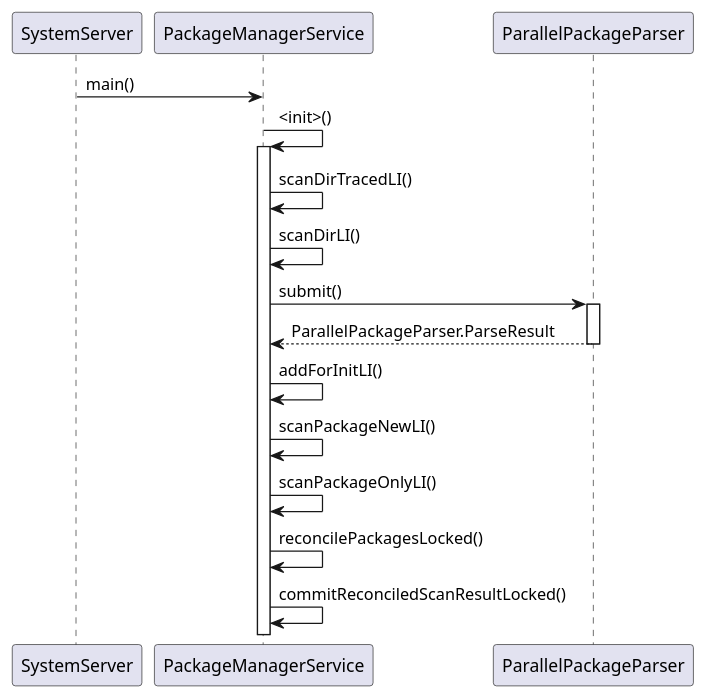
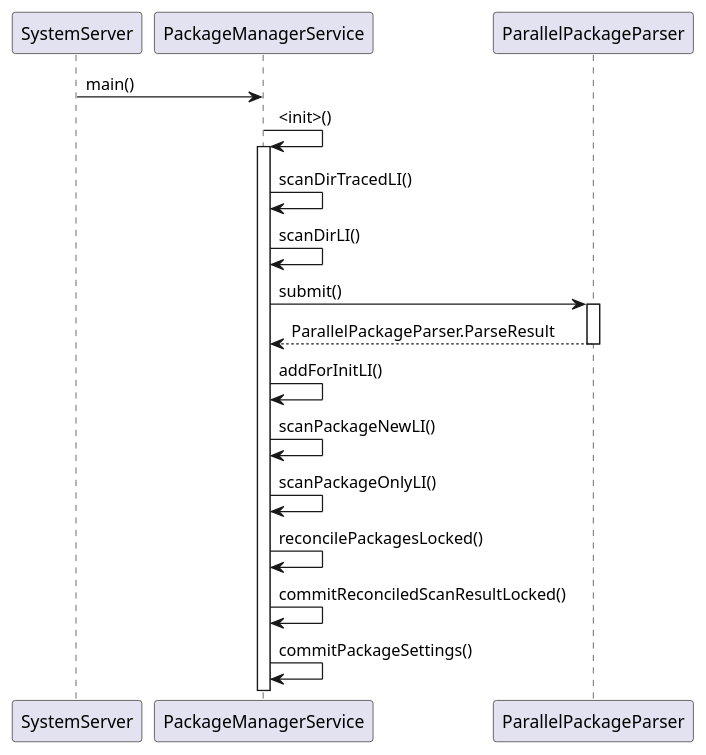
One commit to PJH0x0/aosp-analyze changed the diagram in android-R/pkms/scan-package/scan-package-sequences.puml. Above: the diagram before and after it, drawn with PlantUML. The commit also changed 1 other file, not shown here.

```diff
--- a/android-R/pkms/scan-package/scan-package-sequences.puml
+++ b/android-R/pkms/scan-package/scan-package-sequences.puml
@@ -1,19 +1,20 @@
 @startuml
 participant SystemServer as a
 participant PackageManagerService as b
 participant ParallelPackageParser as c
 
 a->b : main()
 b->b : <init>()
 activate b
 b->b : scanDirTracedLI()
 b->b : scanDirLI()
 b->c : submit()
 activate c
 return ParallelPackageParser.ParseResult
 b->b : addForInitLI()
 b->b : scanPackageNewLI()
 b->b : scanPackageOnlyLI()
 b->b : reconcilePackagesLocked()
 b->b : commitReconciledScanResultLocked()
+b->b : commitPackageSettings()
 @enduml
```
